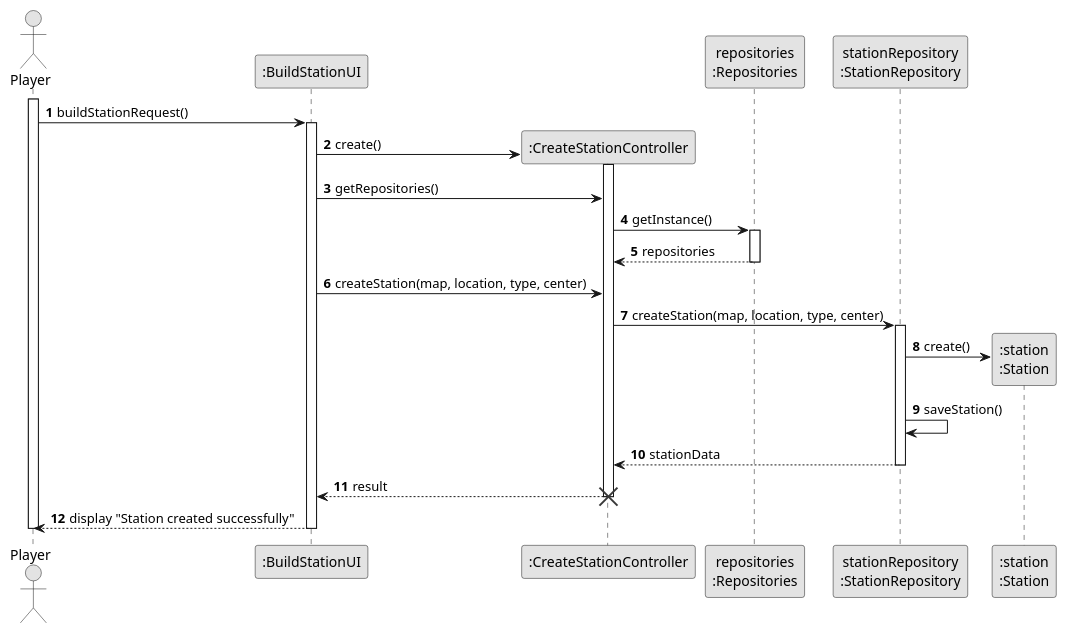
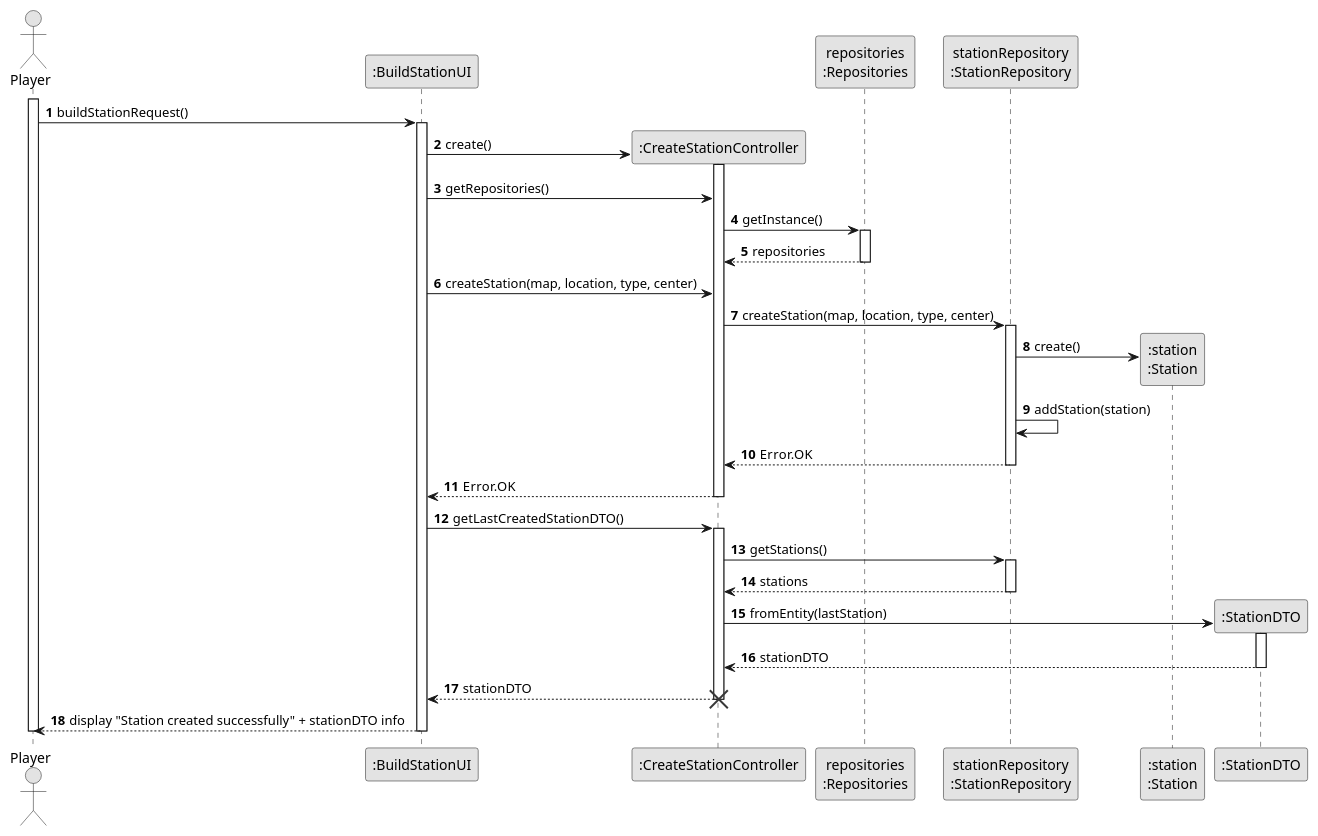
One commit to goncalolopesp/sem2-pi-24.25-g093-repo changed the diagram in docs/system-documentation/US005/03.design/puml/US005-SD-createAndSuccess.puml. Above: the diagram before and after it, drawn with PlantUML. The commit also changed 8 other files, not shown here.

```diff
--- a/docs/system-documentation/US005/03.design/puml/US005-SD-createAndSuccess.puml
+++ b/docs/system-documentation/US005/03.design/puml/US005-SD-createAndSuccess.puml
@@ -1,44 +1,60 @@
 @startuml US005-SD-createAndSuccess
 skinparam monochrome true
 skinparam packageStyle rectangle
 skinparam shadowing false
 
 autonumber
 
 actor "Player" as Player
 participant ":BuildStationUI" as BuildStationUI
 participant ":CreateStationController" as CreateStationController
 participant "repositories\n:Repositories" as Repositories
 participant "stationRepository\n:StationRepository" as StationRepository
 
 activate Player
 Player -> BuildStationUI : buildStationRequest()
 activate BuildStationUI
 create CreateStationController
 BuildStationUI -> CreateStationController : create()
 activate CreateStationController
 
 BuildStationUI -> CreateStationController : getRepositories()
 CreateStationController -> Repositories : getInstance()
 activate Repositories
 Repositories --> CreateStationController : repositories
 deactivate Repositories
 
 BuildStationUI -> CreateStationController : createStation(map, location, type, center)
 CreateStationController -> StationRepository : createStation(map, location, type, center)
 activate StationRepository
 
 create ":station\n:Station" as Station
 StationRepository -> Station : create()
-StationRepository -> StationRepository : saveStation()
-StationRepository --> CreateStationController : stationData
+StationRepository -> StationRepository : addStation(station)
+StationRepository --> CreateStationController : Error.OK
 deactivate StationRepository
 
-CreateStationController --> BuildStationUI : result
+CreateStationController --> BuildStationUI : Error.OK
 deactivate CreateStationController
+
+BuildStationUI -> CreateStationController : getLastCreatedStationDTO()
+activate CreateStationController
+CreateStationController -> StationRepository : getStations()
+activate StationRepository
+StationRepository --> CreateStationController : stations
+deactivate StationRepository
+
+create ":StationDTO" as StationDTO
+CreateStationController -> StationDTO : fromEntity(lastStation)
+activate StationDTO
+StationDTO --> CreateStationController : stationDTO
+deactivate StationDTO
+CreateStationController --> BuildStationUI : stationDTO
+deactivate CreateStationController
+
 destroy CreateStationController
 
-BuildStationUI --> Player : display "Station created successfully"
+BuildStationUI --> Player : display "Station created successfully" + stationDTO info
 deactivate BuildStationUI
 deactivate Player
 @enduml
```
